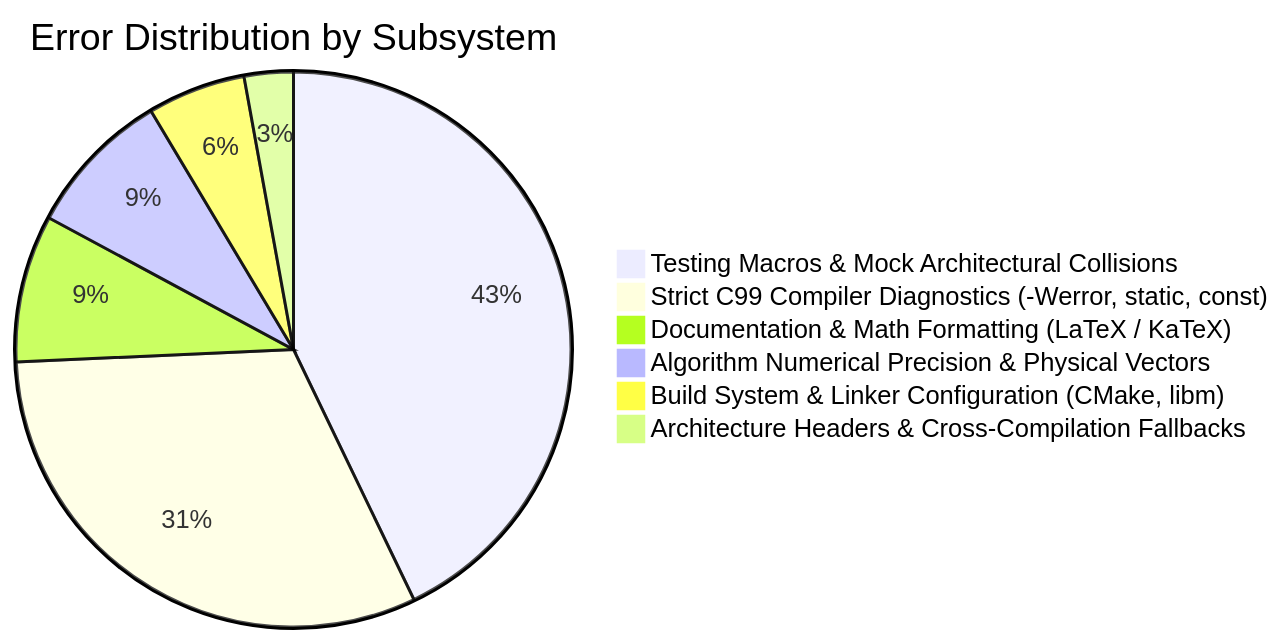
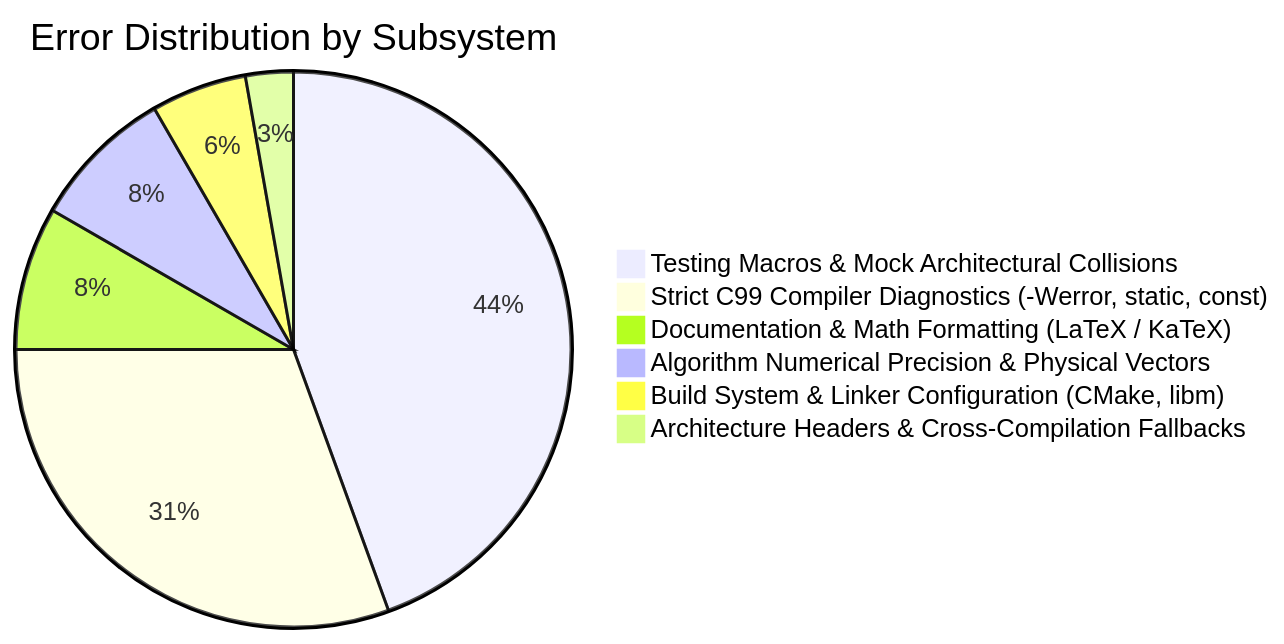
The diagram in context/errors/README.md (Thejus26/rain-predict), drawn with Mermaid before and after one commit. The commit also changed other lines of this file and 2 other files, not shown here.

Commit message:
fix(sdi12): resolve ERR-036 response buffer over-drain in multi-stage queries

````diff
--- a/context/errors/README.md
+++ b/context/errors/README.md
@@ -51,9 +52,9 @@
 ```mermaid
 pie title Error Distribution by Subsystem
-    "Testing Macros & Mock Architectural Collisions" : 15
+    "Testing Macros & Mock Architectural Collisions" : 16
     "Strict C99 Compiler Diagnostics (-Werror, static, const)" : 11
     "Documentation & Math Formatting (LaTeX / KaTeX)" : 3
     "Algorithm Numerical Precision & Physical Vectors" : 3
     "Build System & Linker Configuration (CMake, libm)" : 2
     "Architecture Headers & Cross-Compilation Fallbacks" : 1
 ```
````
